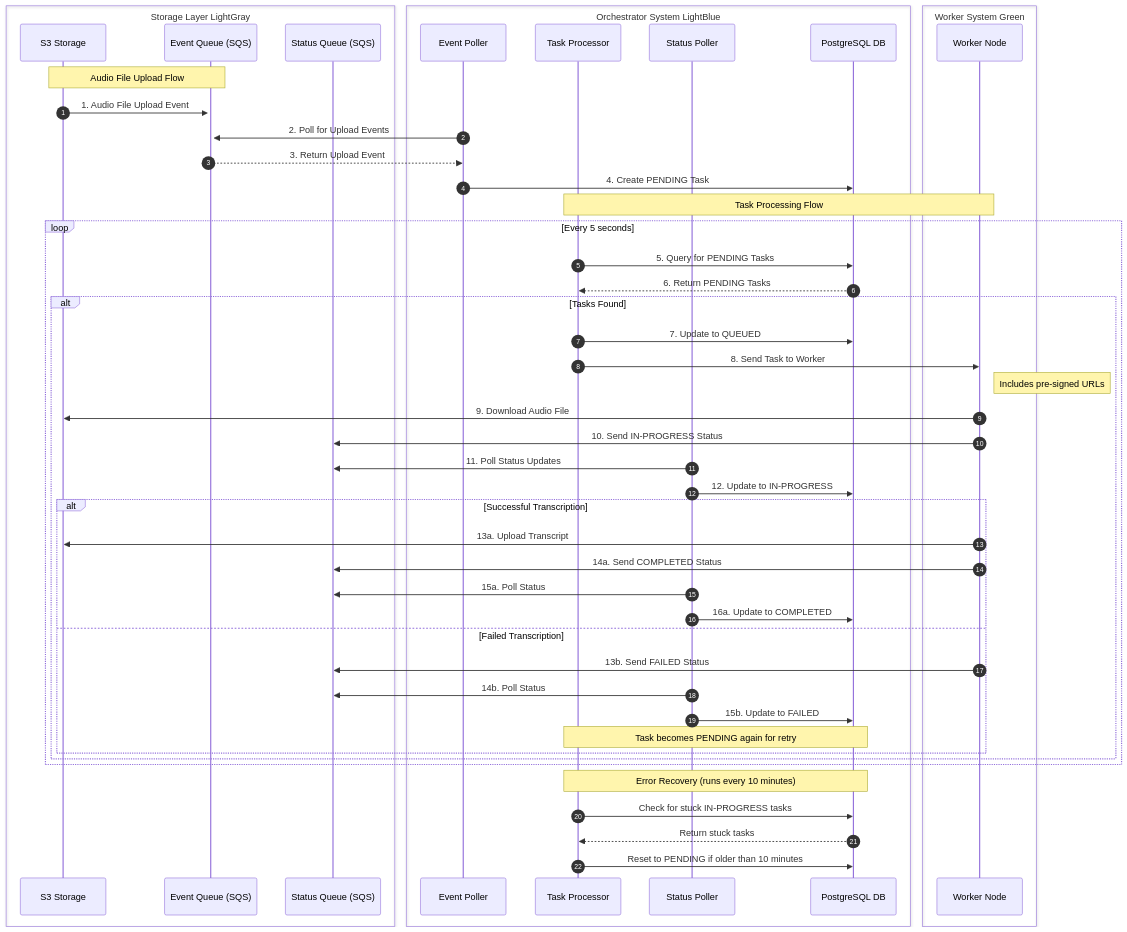
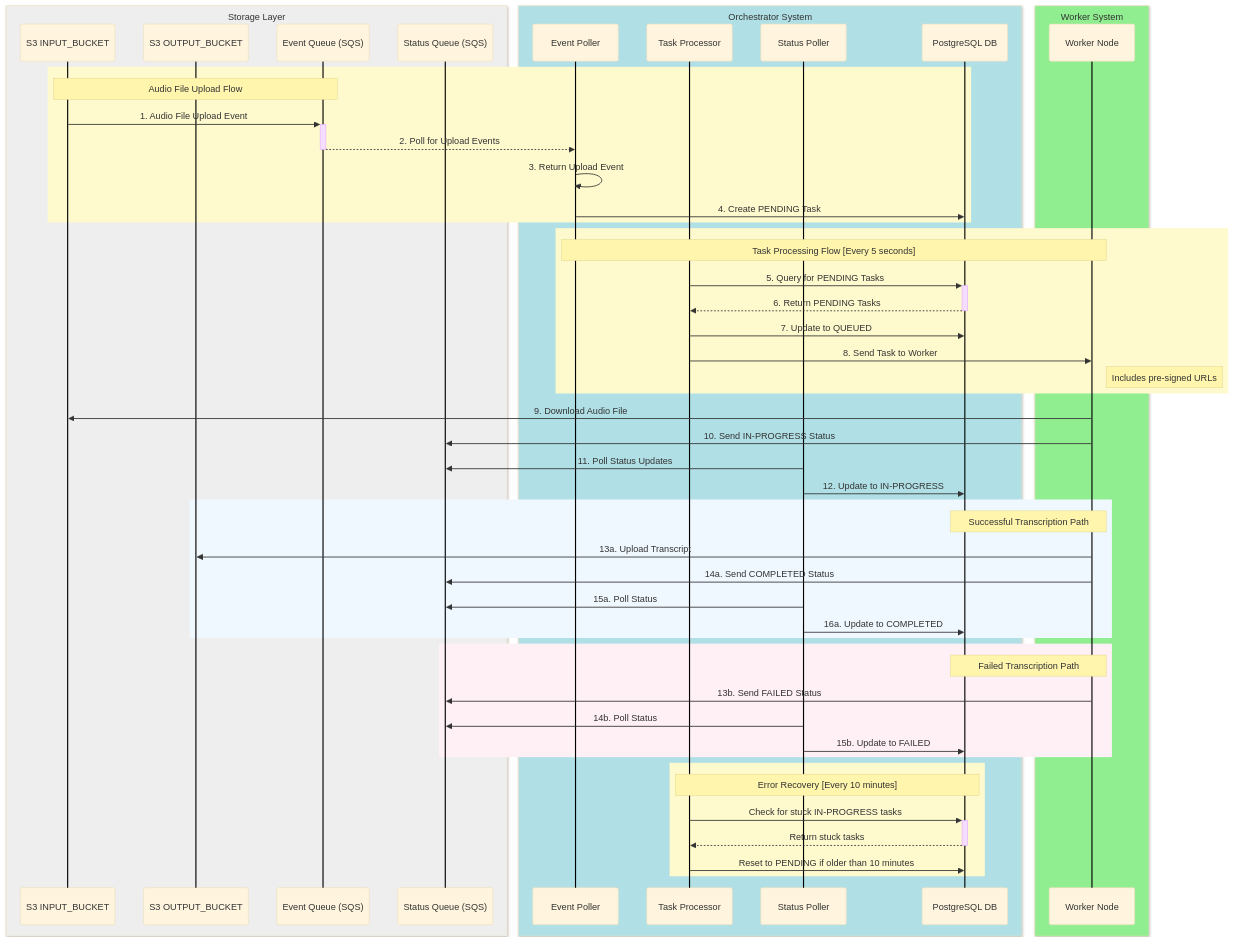
Before and after one commit to davidbmar/audio_client_server: the diagram in orchestrator/readme.md, drawn with Mermaid.

````diff
--- a/orchestrator/readme.md
+++ b/orchestrator/readme.md
@@ -1,66 +1,74 @@
 ```mermaid
+%%{init: {
+    'theme': 'base',
+    'themeVariables': { 
+        'lineColor': '#000000',
+        'actorLineColor': '#000000',
+        'activationBackground': '#f4f4f4',
+        'altSectionBkgColor': '#f0f8ff',
+        'noteBackgroundColor': '#fff3bf'
+    }
+}}%%
 sequenceDiagram
-    autonumber
-    
-    %% Define participants with clear groupings
-    box Storage Layer LightGray
-        participant S3 as S3 Storage
-        participant EQ as Event Queue (SQS)
-        participant SQ as Status Queue (SQS)
+    box rgb(238, 238, 238) Storage Layer
+    participant IB as S3 INPUT_BUCKET
+    participant OB as S3 OUTPUT_BUCKET
+    participant EQ as Event Queue (SQS)
+    participant SQ as Status Queue (SQS)
     end
     
-    box Orchestrator System LightBlue
-        participant EP as Event Poller
-        participant TP as Task Processor
-        participant SP as Status Poller
-        participant DB as PostgreSQL DB
+    box rgb(176, 224, 230) Orchestrator System
+    participant EP as Event Poller
+    participant TP as Task Processor
+    participant SP as Status Poller
+    participant DB as PostgreSQL DB
     end
     
-    box Worker System Green
-        participant W as Worker Node
+    box rgb(144, 238, 144) Worker System
+    participant W as Worker Node
     end
 
-    %% File Upload Flow
-    Note over S3,EQ: Audio File Upload Flow
-    S3->>+EQ: 1. Audio File Upload Event
-    EP->>EQ: 2. Poll for Upload Events
-    EQ-->>EP: 3. Return Upload Event
+    rect rgb(255, 250, 205)
+    Note over IB,EQ: Audio File Upload Flow
+    IB->>+EQ: 1. Audio File Upload Event
+    EQ-->>-EP: 2. Poll for Upload Events
+    EP->>EP: 3. Return Upload Event
     EP->>DB: 4. Create PENDING Task
-    
-    %% Task Processing Flow
-    Note over TP,W: Task Processing Flow
-    loop Every 5 seconds
-        TP->>DB: 5. Query for PENDING Tasks
-        DB-->>TP: 6. Return PENDING Tasks
-        
-        alt Tasks Found
-            TP->>DB: 7. Update to QUEUED
-            TP->>W: 8. Send Task to Worker
-            Note right of W: Includes pre-signed URLs
-            
-            %% Worker Processing
-            W->>S3: 9. Download Audio File
-            W->>SQ: 10. Send IN-PROGRESS Status
-            SP->>SQ: 11. Poll Status Updates
-            SP->>DB: 12. Update to IN-PROGRESS
-            
-            alt Successful Transcription
-                W->>S3: 13a. Upload Transcript
-                W->>SQ: 14a. Send COMPLETED Status
-                SP->>SQ: 15a. Poll Status
-                SP->>DB: 16a. Update to COMPLETED
-            else Failed Transcription
-                W->>SQ: 13b. Send FAILED Status
-                SP->>SQ: 14b. Poll Status
-                SP->>DB: 15b. Update to FAILED
-                Note over DB,TP: Task becomes PENDING again for retry
-            end
-        end
     end
-    
-    %% Error Recovery
-    Note over DB,TP: Error Recovery (runs every 10 minutes)
-    TP->>DB: Check for stuck IN-PROGRESS tasks
-    DB-->>TP: Return stuck tasks
+
+    rect rgb(255, 250, 205)
+    Note over EP,W: Task Processing Flow [Every 5 seconds]
+    TP->>+DB: 5. Query for PENDING Tasks
+    DB-->>-TP: 6. Return PENDING Tasks
+    TP->>DB: 7. Update to QUEUED
+    TP->>W: 8. Send Task to Worker
+    Note right of W: Includes pre-signed URLs
+    end
+
+    W->>IB: 9. Download Audio File
+    W->>SQ: 10. Send IN-PROGRESS Status
+    SP->>SQ: 11. Poll Status Updates
+    SP->>DB: 12. Update to IN-PROGRESS
+
+    rect rgb(240, 248, 255)
+    Note over W,DB: Successful Transcription Path
+    W->>OB: 13a. Upload Transcript
+    W->>SQ: 14a. Send COMPLETED Status
+    SP->>SQ: 15a. Poll Status
+    SP->>DB: 16a. Update to COMPLETED
+    end
+
+    rect rgb(255, 240, 245)
+    Note over W,DB: Failed Transcription Path
+    W->>SQ: 13b. Send FAILED Status
+    SP->>SQ: 14b. Poll Status
+    SP->>DB: 15b. Update to FAILED
+    end
+
+    rect rgb(255, 250, 205)
+    Note over TP,DB: Error Recovery [Every 10 minutes]
+    TP->>+DB: Check for stuck IN-PROGRESS tasks
+    DB-->>-TP: Return stuck tasks
     TP->>DB: Reset to PENDING if older than 10 minutes
+    end
 ```
````
